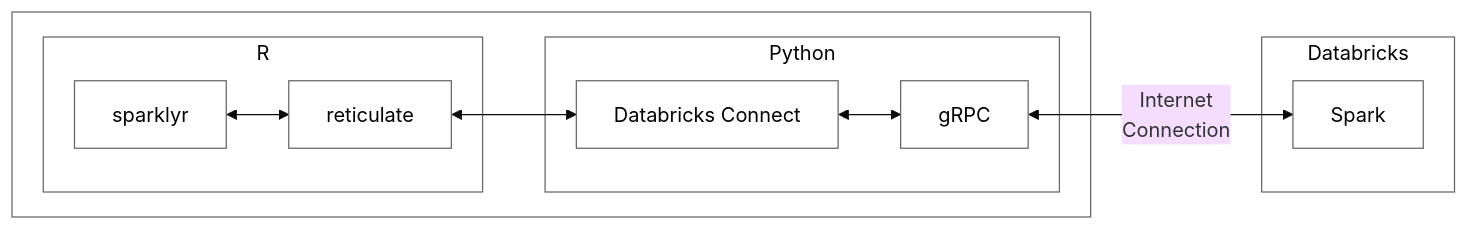
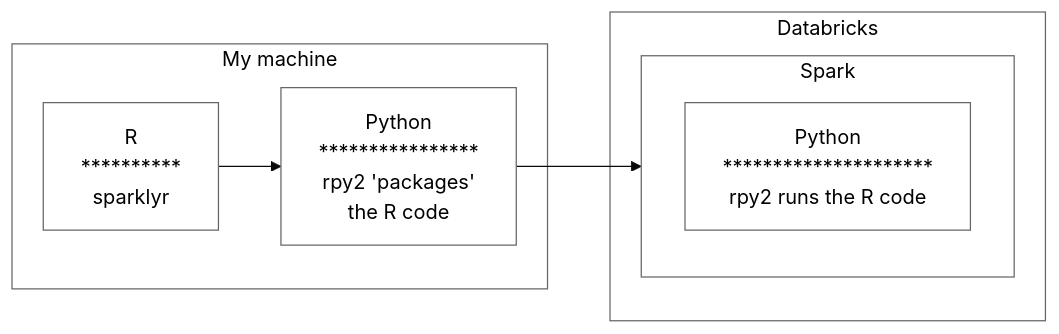
One commit to rstudio/spark.rstudio.com changed the diagram in deployment/databricks-connect-udfs.qmd. Above: the diagram before and after it, drawn with Mermaid (base theme). The commit also changed other lines of this file, not shown here.

Commit message:
Initial diagram

````diff
--- a/deployment/databricks-connect-udfs.qmd
+++ b/deployment/databricks-connect-udfs.qmd
@@ -43,32 +43,24 @@
 ```{mermaid}
-%%| fig-width: 10
+%%| fig-width: 6
 %%| eval: true
 flowchart LR
-  subgraph lp[test]
-    subgraph r[R]
-      sr[sparklyr]
-      rt[reticulate]
+  subgraph mm[My machine]
+    sp[R <br> **********  <br>sparklyr]
+    rp[Python<br> **************** <br>rpy2 'packages'<br> the R code]
+  end
+  subgraph db[Databricks]
+    subgraph sr[Spark]
+      pt[Python<br> ********************* <br>rpy2 runs the R code]
     end
-    subgraph ps[Python]
-      dc[Databricks Connect]
-      g1[gRPC]
-    end
-  end   
-  subgraph db[Databricks]
-    sp[Spark]   
   end
-  sr <--> rt
-  rt <--> dc
-  g1 <-- Internet<br>Connection --> sp
-  dc <--> g1
-  
-  style r   fill:#fff,stroke:#666,color:#000
-  style sr  fill:#fff,stroke:#666,color:#000
-  style rt  fill:#fff,stroke:#666,color:#000
-  style ps  fill:#fff,stroke:#666,color:#000
-  style lp  fill:#fff,stroke:#666,color:#fff
-  style db  fill:#fff,stroke:#666,color:#000
-  style sp  fill:#fff,stroke:#666,color:#000
-  style g1  fill:#fff,stroke:#666,color:#000
-  style dc  fill:#fff,stroke:#666,color:#000
+
+sp --> rp
+rp --> sr
+
+style mm   fill:#fff,stroke:#666,color:#000
+style sp   fill:#fff,stroke:#666,color:#000
+style rp   fill:#fff,stroke:#666,color:#000
+style db   fill:#fff,stroke:#666,color:#000
+style sr   fill:#fff,stroke:#666,color:#000
+style pt   fill:#fff,stroke:#666,color:#000
 ```
````
